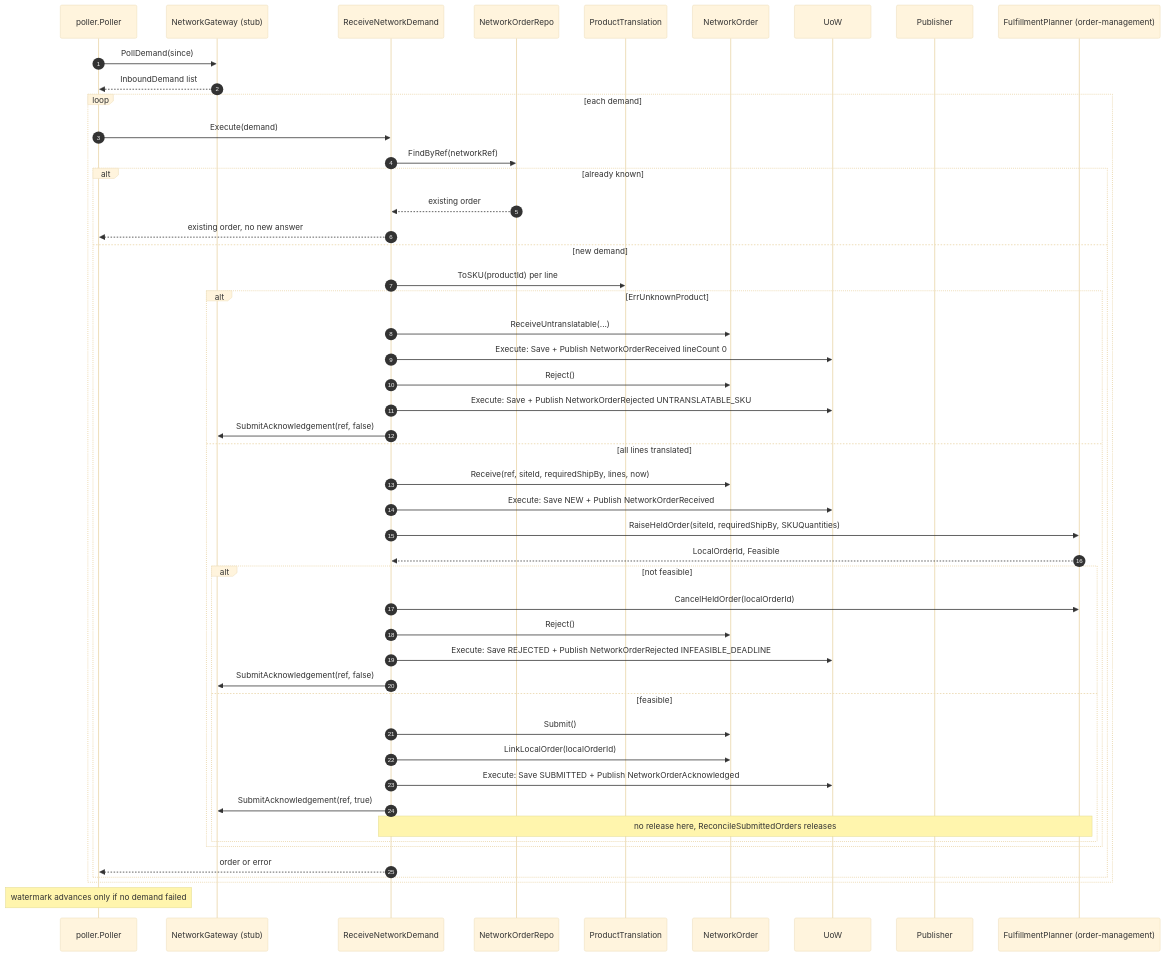
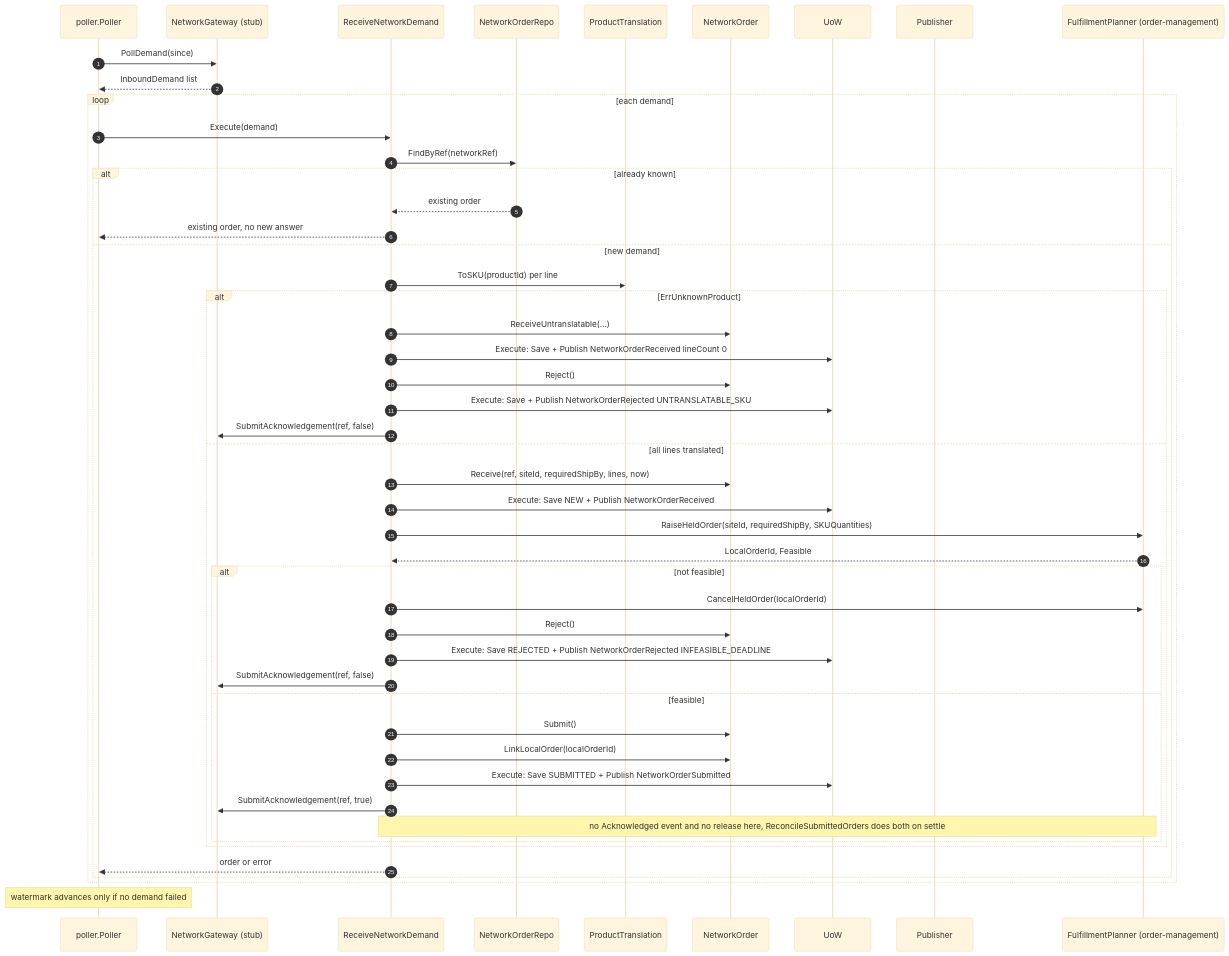
The first of 6 diagrams in docs/contexts/network-fulfillment/sequence-diagrams.md (IQVO/warehouse-docs), drawn with Mermaid (base theme) before and after one commit. The commit also changed other lines of this file and 318 other files, not shown here.

````diff
--- a/docs/contexts/network-fulfillment/sequence-diagrams.md
+++ b/docs/contexts/network-fulfillment/sequence-diagrams.md
@@ -31,51 +31,51 @@
 ```mermaid
 sequenceDiagram
     autonumber
     participant P as poller.Poller
     participant GW as NetworkGateway (stub)
     participant UC as ReceiveNetworkDemand
     participant R as NetworkOrderRepo
     participant TR as ProductTranslation
     participant A as NetworkOrder
     participant U as UoW
     participant PUB as Publisher
     participant OM as FulfillmentPlanner (order-management)
     P->>GW: PollDemand(since)
     GW-->>P: InboundDemand list
     loop each demand
         P->>UC: Execute(demand)
         UC->>R: FindByRef(networkRef)
         alt already known
             R-->>UC: existing order
             UC-->>P: existing order, no new answer
         else new demand
             UC->>TR: ToSKU(productId) per line
             alt ErrUnknownProduct
                 UC->>A: ReceiveUntranslatable(...)
                 UC->>U: Execute: Save + Publish NetworkOrderReceived lineCount 0
                 UC->>A: Reject()
                 UC->>U: Execute: Save + Publish NetworkOrderRejected UNTRANSLATABLE_SKU
                 UC->>GW: SubmitAcknowledgement(ref, false)
             else all lines translated
                 UC->>A: Receive(ref, siteId, requiredShipBy, lines, now)
                 UC->>U: Execute: Save NEW + Publish NetworkOrderReceived
                 UC->>OM: RaiseHeldOrder(siteId, requiredShipBy, SKUQuantities)
                 OM-->>UC: LocalOrderId, Feasible
                 alt not feasible
                     UC->>OM: CancelHeldOrder(localOrderId)
                     UC->>A: Reject()
                     UC->>U: Execute: Save REJECTED + Publish NetworkOrderRejected INFEASIBLE_DEADLINE
                     UC->>GW: SubmitAcknowledgement(ref, false)
                 else feasible
                     UC->>A: Submit()
                     UC->>A: LinkLocalOrder(localOrderId)
-                    UC->>U: Execute: Save SUBMITTED + Publish NetworkOrderAcknowledged
+                    UC->>U: Execute: Save SUBMITTED + Publish NetworkOrderSubmitted
                     UC->>GW: SubmitAcknowledgement(ref, true)
-                    Note over UC,OM: no release here, ReconcileSubmittedOrders releases
+                    Note over UC,OM: no Acknowledged event and no release here, ReconcileSubmittedOrders does both on settle
                 end
             end
             UC-->>P: order or error
         end
     end
     Note over P: watermark advances only if no demand failed
 ```
````
